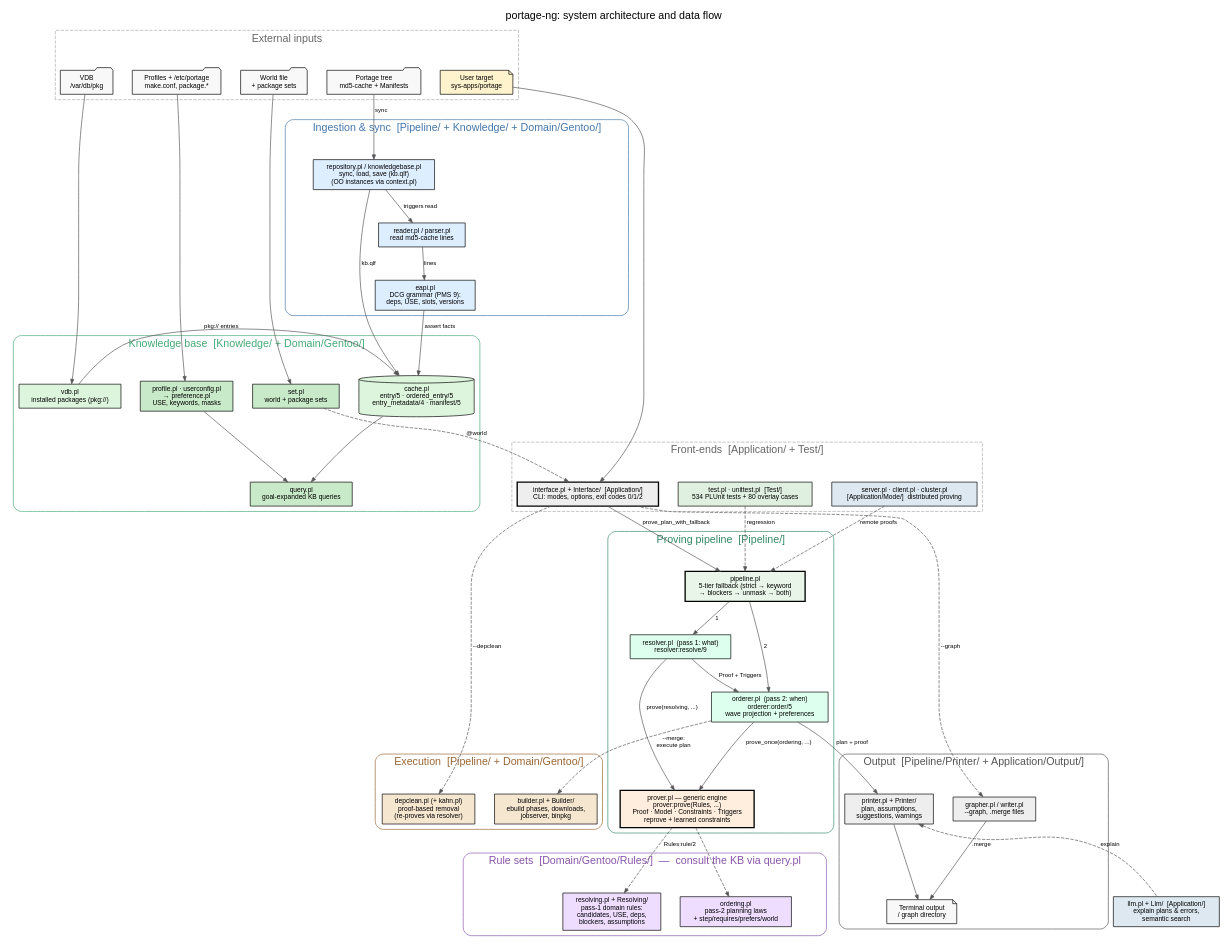
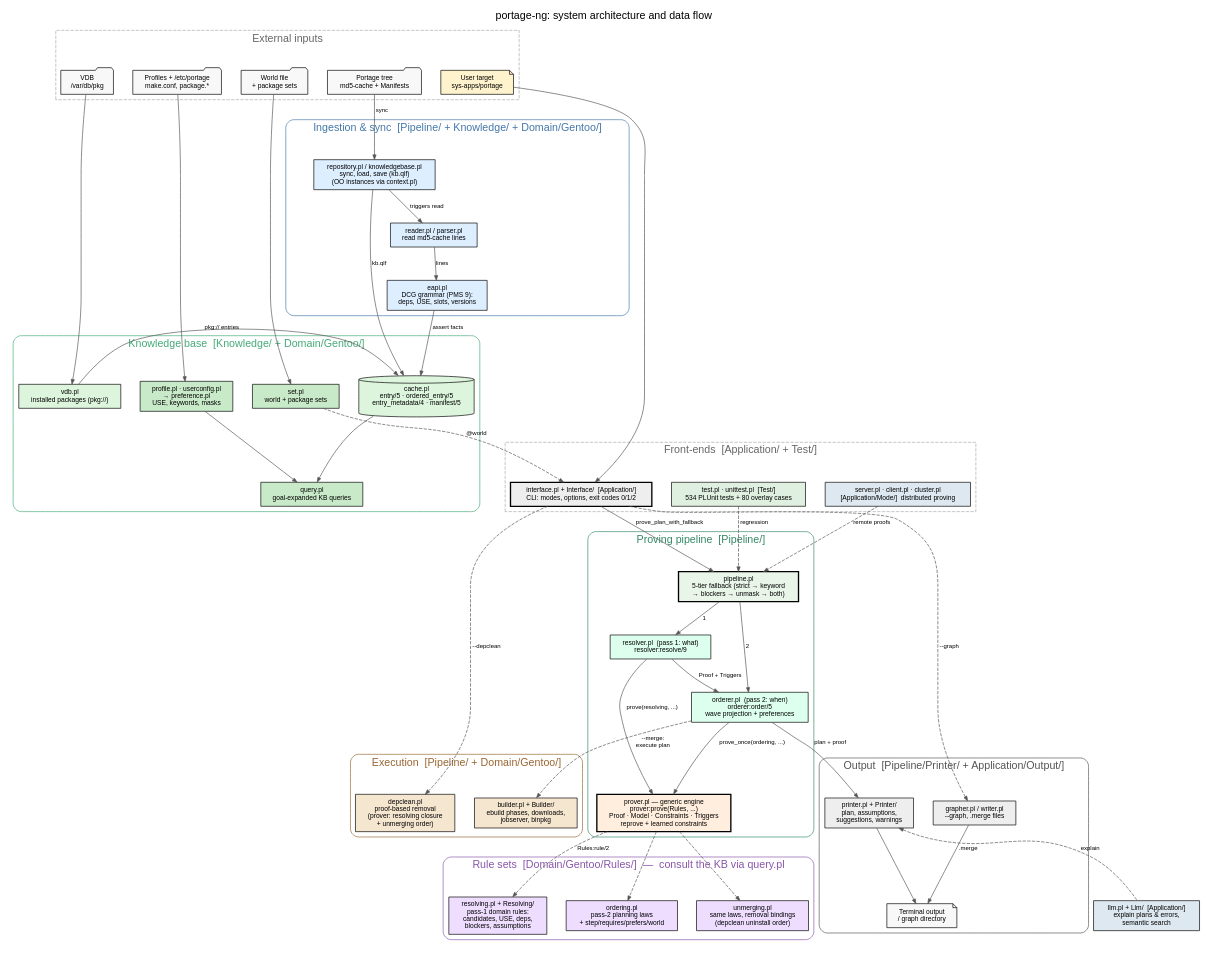
Before and after one commit to pvdabeel/prolog: the diagram in Documentation/Diagrams/architecture.dot, drawn with Graphviz. The commit also changed 6 other files, not shown here.

```diff
--- a/Documentation/Diagrams/architecture.dot
+++ b/Documentation/Diagrams/architecture.dot
@@ -133,6 +133,8 @@
                label="resolving.pl + Resolving/\npass-1 domain rules:\ncandidates, USE, deps,\nblockers, assumptions"];
     ordering  [fillcolor="#eeddff", shape=box,
                label="ordering.pl\npass-2 planning laws\n+ step/requires/prefers/world"];
+    unmerging [fillcolor="#eeddff", shape=box,
+               label="unmerging.pl\nsame laws, removal bindings\n(depclean uninstall order)"];
   }
 
   // ── Output ─────────────────────────────────────────────────────────
@@ -167,7 +169,7 @@
     builder  [fillcolor="#f5e6d0", shape=box,
               label="builder.pl + Builder/\nebuild phases, downloads,\njobserver, binpkg"];
     depclean [fillcolor="#f5e6d0", shape=box,
-              label="depclean.pl (+ kahn.pl)\nproof-based removal\n(re-proves via resolver)"];
+              label="depclean.pl\nproof-based removal\n(prover: resolving closure\n+ unmerging order)"];
 
     { rank=same; builder; depclean; }
   }
@@ -206,6 +208,7 @@
   orderer  -> prover [label="prove_once(ordering, ...)"];
   prover   -> resolving [label="Rules:rule/2", style=dashed];
   prover   -> ordering  [style=dashed];
+  prover   -> unmerging [style=dashed];
 
   // results → output / execution
   orderer -> printer [label="plan + proof"];
```
